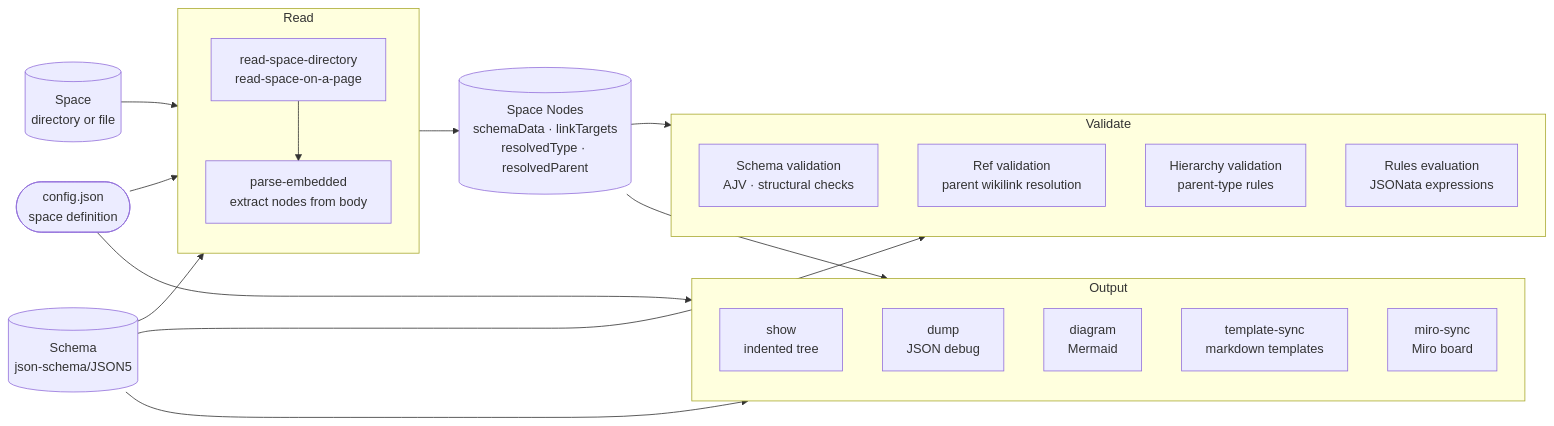
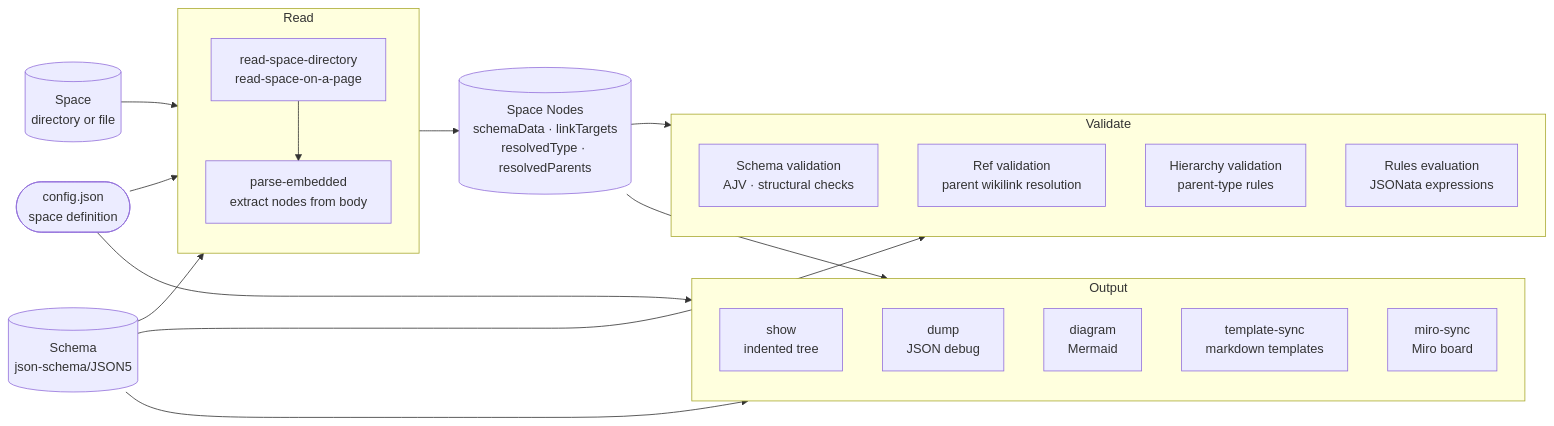
The first of 2 diagrams in docs/architecture.md (mindsocket/structured-context), drawn with Mermaid before and after one commit. The commit also changed other lines of this file and 37 other files, not shown here.

````diff
--- a/docs/architecture.md
+++ b/docs/architecture.md
@@ -11,41 +11,41 @@
 ```mermaid
 flowchart LR
     config([config.json<br>space definition])
     schema[(Schema<br>json-schema/JSON5)]
     space[(Space<br>directory or file)]
 
     subgraph read [Read]
         direction TB
         rdir[read-space-directory<br>read-space-on-a-page]
         embed[parse-embedded<br>extract nodes from body]
         rdir --> embed
     end
 
-    nodes[(Space Nodes<br>schemaData · linkTargets<br>resolvedType · resolvedParent)]
+    nodes[(Space Nodes<br>schemaData · linkTargets<br>resolvedType · resolvedParents)]
 
     subgraph validate [Validate]
         direction TB
         schema_val[Schema validation<br>AJV · structural checks]
         ref_val[Ref validation<br>parent wikilink resolution]
         hier_val[Hierarchy validation<br>parent-type rules]
         rules_val[Rules evaluation<br>JSONata expressions]
     end
 
     subgraph output [Output]
         show[show<br>indented tree]
         dump[dump<br>JSON debug]
         diagram[diagram<br>Mermaid]
         tmpl[template-sync<br>markdown templates]
         miro[miro-sync<br>Miro board]
     end
 
     config --> read
     schema --> read
     space --> read
     read --> nodes
     nodes --> validate
     schema --> validate
     nodes --> output
     schema --> output
     config --> output
 ```
````
